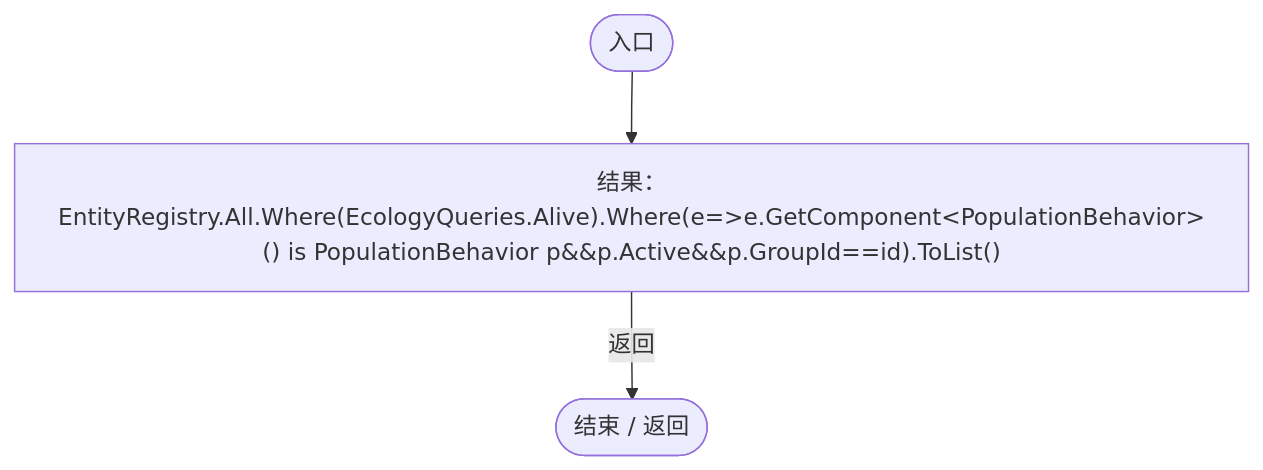
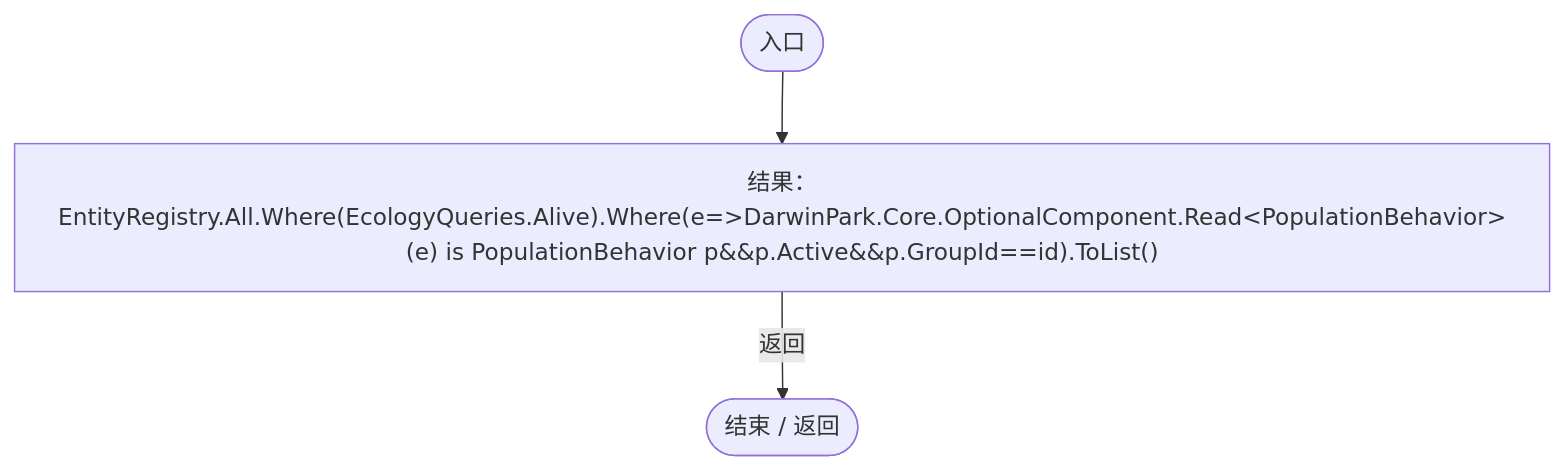
Before and after one commit to xhs6666/Darwin_paradise: diagram 12 of 41 in Docs/运行流程图/脚本/084e119b69cdd751.md, drawn with Mermaid. The commit also changed other lines of this file and 297 other files, not shown here.

````diff
--- a/Docs/运行流程图/脚本/084e119b69cdd751.md
+++ b/Docs/运行流程图/脚本/084e119b69cdd751.md
@@ -369,9 +369,9 @@
 ```mermaid
 flowchart TD
   b0(["入口"])
-  b1["结果：EntityRegistry.All.Where(EcologyQueries.Alive).Where(e=&gt;e.GetComponent&lt;PopulationBehavior&gt;() is PopulationBehavior p&amp;&amp;p.Active&amp;&amp;p.GroupId==id).ToList()"]
+  b1["结果：EntityRegistry.All.Where(EcologyQueries.Alive).Where(e=&gt;DarwinPark.Core.OptionalComponent.Read&lt;PopulationBehavior&gt;(e) is PopulationBehavior p&amp;&amp;p.Active&amp;&amp;p.GroupId==id).ToList()"]
   b2(["结束 / 返回"])
   b0 --> b1
   b1 -->|"返回"| b2
 
 ```
````
